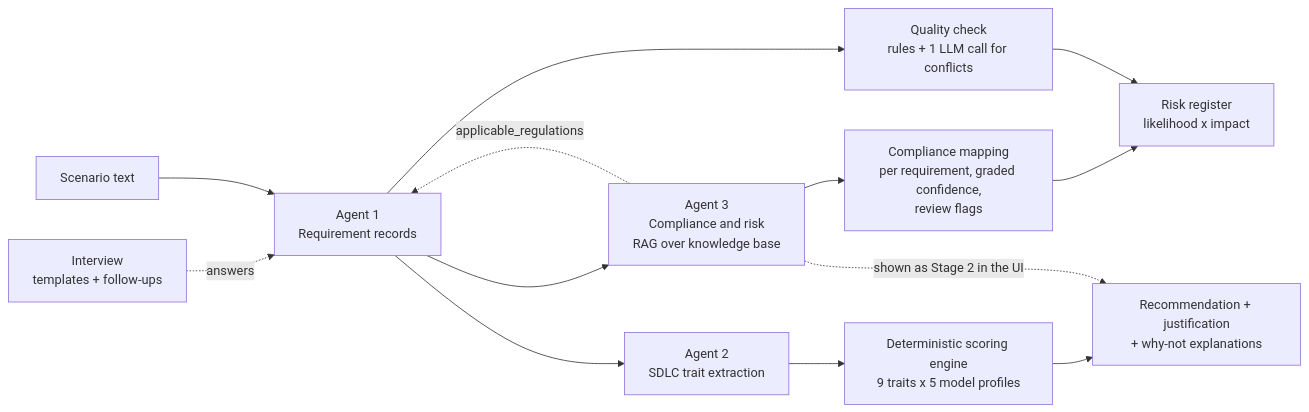
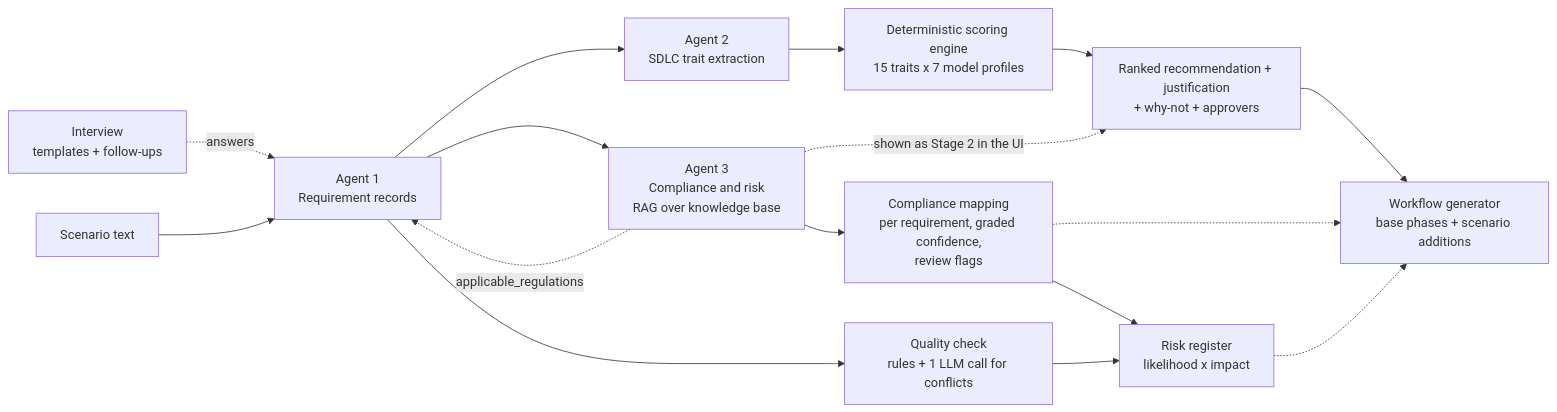
One commit to darshan-gittygit/se-project changed the first of 2 diagrams in docs/ARCHITECTURE.md. Above: the diagram before and after it, drawn with Mermaid. The commit also changed other lines of this file and 21 other files, not shown here.

Commit message:
Phase 3: 15 decision factors, DevSecOps and Agile-V profiles, ranking, workflow generator

````diff
--- a/docs/ARCHITECTURE.md
+++ b/docs/ARCHITECTURE.md
@@ -9,15 +9,18 @@
 ```mermaid
 flowchart LR
     I[Interview<br/>templates + follow-ups] -. answers .-> B
     A[Scenario text] --> B[Agent 1<br/>Requirement records]
     B --> C[Agent 3<br/>Compliance and risk<br/>RAG over knowledge base]
     C -. applicable_regulations .-> B
     C --> M[Compliance mapping<br/>per requirement, graded confidence,<br/>review flags]
     B --> Q[Quality check<br/>rules + 1 LLM call for conflicts]
     M --> R[Risk register<br/>likelihood x impact]
     Q --> R
     B --> D[Agent 2<br/>SDLC trait extraction]
-    D --> E[Deterministic scoring engine<br/>9 traits x 5 model profiles]
-    E --> F[Recommendation + justification<br/>+ why-not explanations]
+    D --> E[Deterministic scoring engine<br/>15 traits x 7 model profiles]
+    E --> F[Ranked recommendation + justification<br/>+ why-not + approvers]
+    F --> W[Workflow generator<br/>base phases + scenario additions]
+    M -.-> W
+    R -.-> W
     C -. shown as Stage 2 in the UI .-> F
 ```
````
